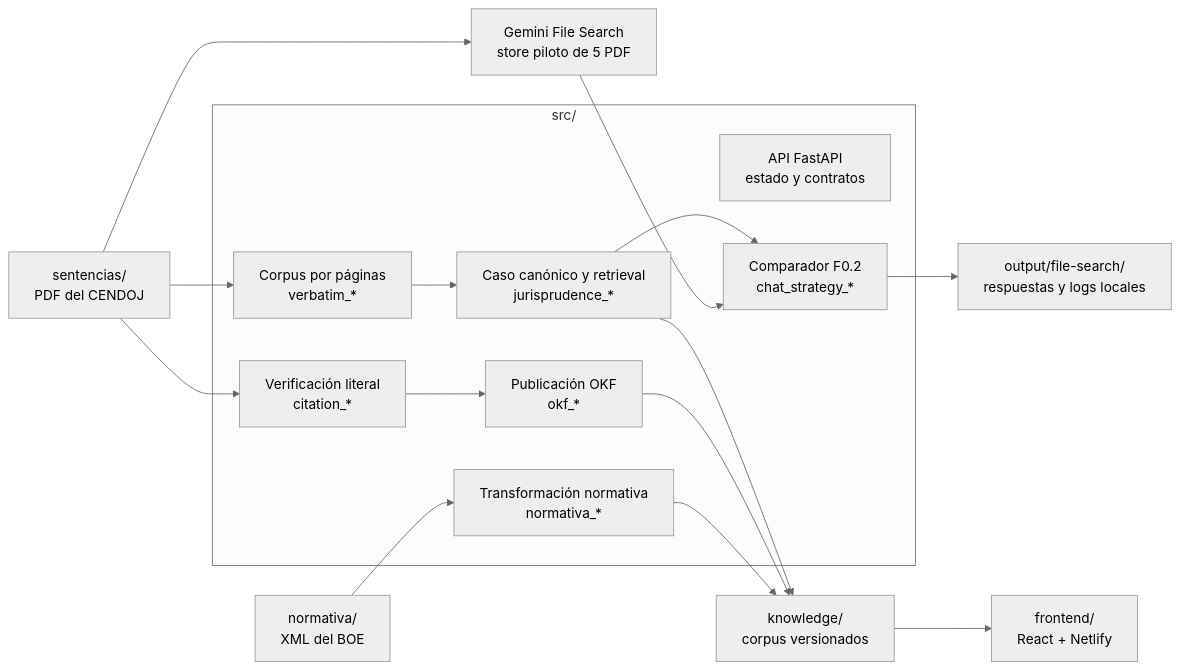
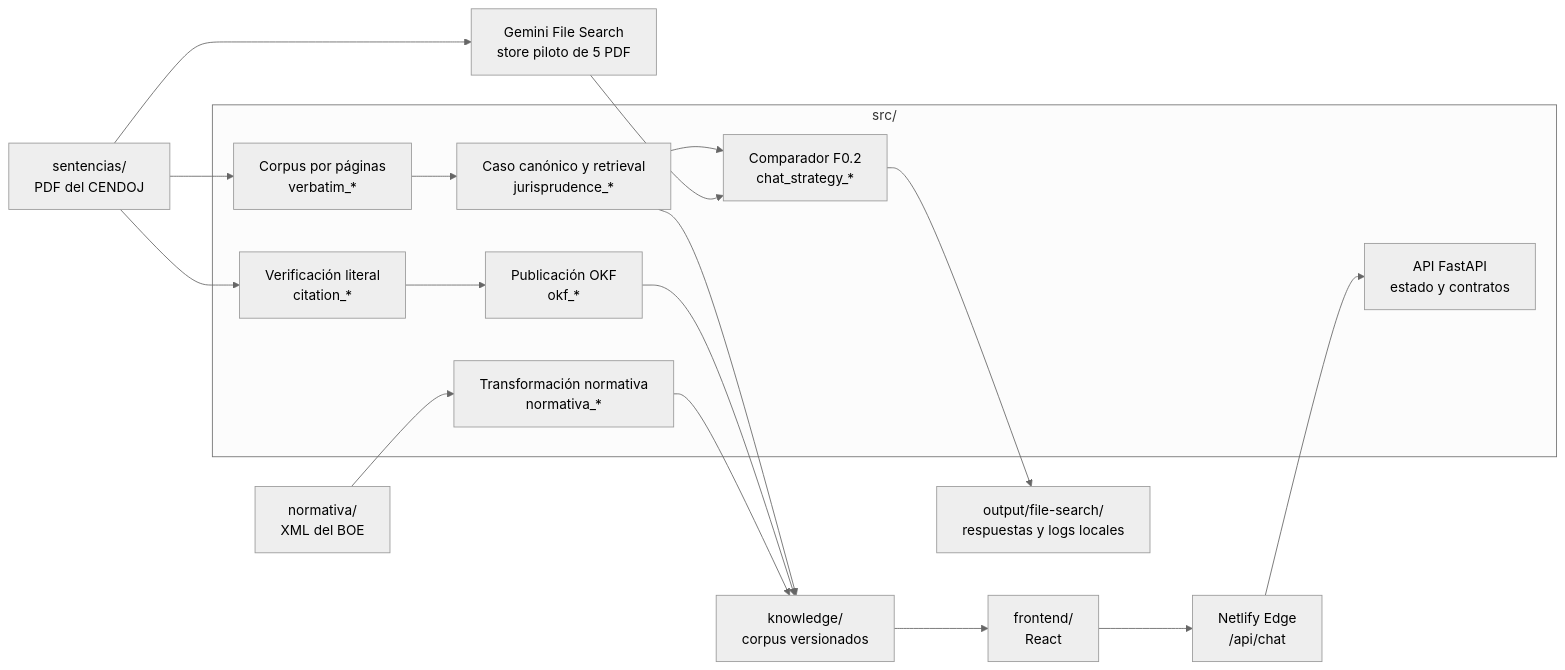
One commit to jmgb/residenciafiscal changed the diagram in docs/ARCHITECTURE.md. Above: the diagram before and after it, drawn with Mermaid (neutral theme). The commit also changed other lines of this file and 42 other files, not shown here.

Commit message:
feat(chat): conecta comparador A/B al frontend

````diff
--- a/docs/ARCHITECTURE.md
+++ b/docs/ARCHITECTURE.md
@@ -13,28 +13,30 @@
 ```mermaid
 flowchart LR
     PDF["sentencias/<br/>PDF del CENDOJ"]
     BOE["normativa/<br/>XML del BOE"] --> NORM
     PDF --> FILESEARCH["Gemini File Search<br/>store piloto de 5 PDF"]
 
     subgraph PYTHON["src/"]
         API["API FastAPI<br/>estado y contratos"]
         CITES["Verificación literal<br/>citation_*"]
         CASES["Caso canónico y retrieval<br/>jurisprudence_*"]
         OKF["Publicación OKF<br/>okf_*"]
         VERBATIM["Corpus por páginas<br/>verbatim_*"]
         NORM["Transformación normativa<br/>normativa_*"]
         CHAT["Comparador F0.2<br/>chat_strategy_*"]
     end
 
     PDF --> CITES
     CITES --> OKF
     PDF --> VERBATIM
     VERBATIM --> CASES
     CASES --> CHAT
     FILESEARCH --> CHAT
     CHAT --> CHATOUT["output/file-search/<br/>respuestas y logs locales"]
     CASES --> KNOWLEDGE["knowledge/<br/>corpus versionados"]
     OKF --> KNOWLEDGE
     NORM --> KNOWLEDGE
-    KNOWLEDGE --> WEB["frontend/<br/>React + Netlify"]
+    KNOWLEDGE --> WEB["frontend/<br/>React"]
+    WEB --> EDGE["Netlify Edge<br/>/api/chat"]
+    EDGE --> API
 ```
````
